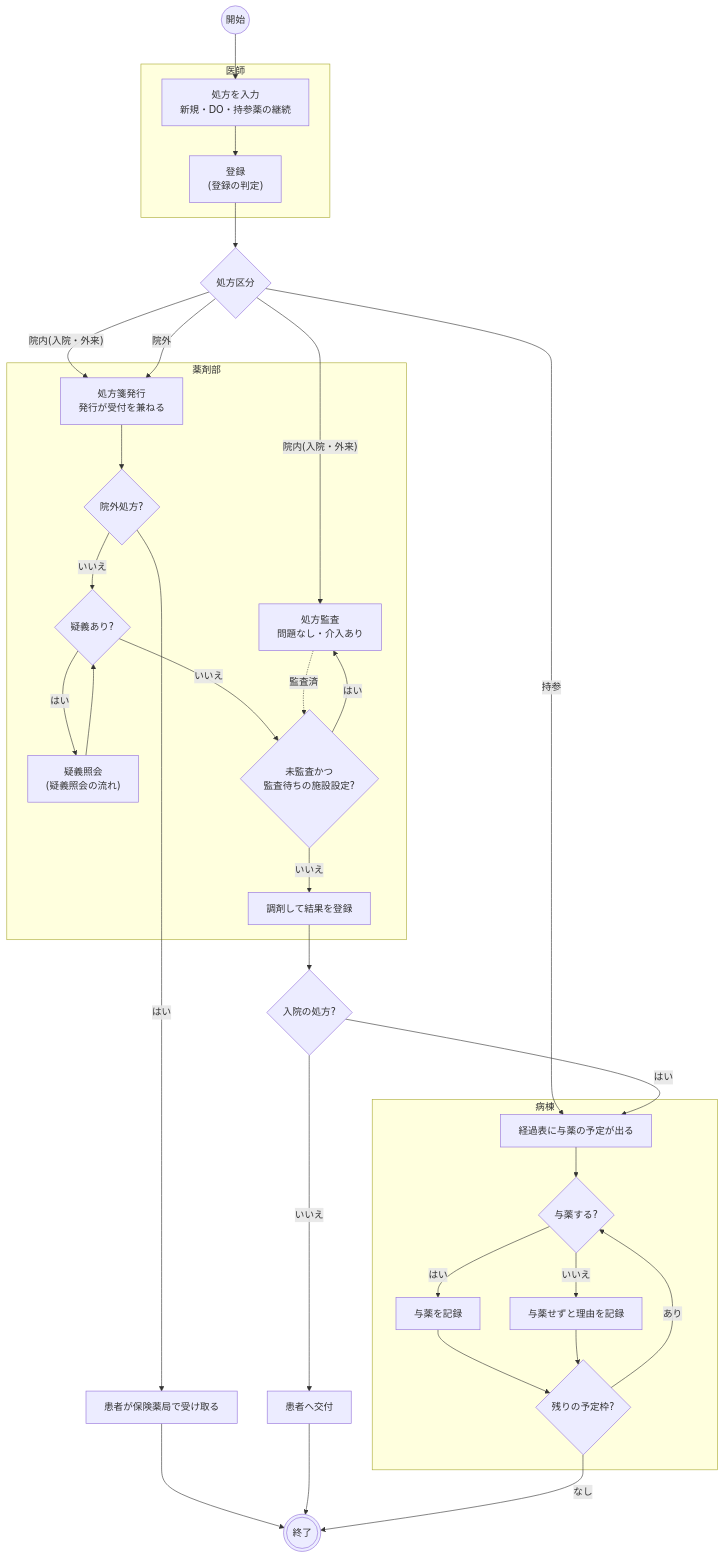
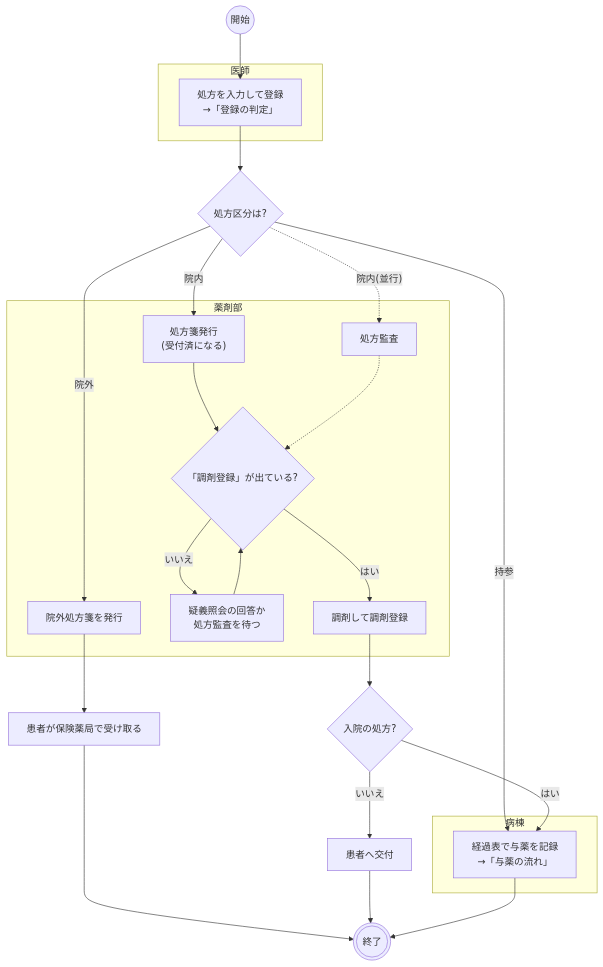
The first of 4 diagrams in docs/flows/prescription.md (ysnr-dev/fhir-client-docs), drawn with Mermaid before and after one commit. The commit also changed other lines of this file and 43 other files, not shown here.

Commit message:
docs: 業務フローとシーケンス図を写し直し

````diff
--- a/docs/flows/prescription.md
+++ b/docs/flows/prescription.md
@@ -34,53 +34,36 @@
 ```mermaid
 flowchart TD
   start(("開始"))
   finish((("終了")))
-  kind{"処方区分"}
-  setting{"入院の処方?"}
+  kind{"処方区分は?"}
+  inpatient{"入院の処方?"}
+  handOut["患者へ交付"]
+  pharmacyOut["患者が保険薬局で受け取る"]
 
   subgraph doctor["医師"]
-    input["処方を入力<br/>新規・DO・持参薬の継続"]
-    register["登録<br/>(登録の判定)"]
+    register["処方を入力して登録<br/>→「登録の判定」"]
   end
 
   subgraph pharmacy["薬剤部"]
-    verify["処方監査<br/>問題なし・介入あり"]
-    issue["処方箋発行<br/>発行が受付を兼ねる"]
-    external{"院外処方?"}
-    inquire{"疑義あり?"}
-    inquiry["疑義照会<br/>(疑義照会の流れ)"]
-    wait{"未監査かつ<br/>監査待ちの施設設定?"}
-    dispense["調剤して結果を登録"]
+    verify["処方監査"]
+    issue["処方箋発行<br/>(受付済になる)"]
+    issueOut["院外処方箋を発行"]
+    ready{"「調剤登録」が出ている?"}
+    hold["疑義照会の回答か<br/>処方監査を待つ"]
+    dispense["調剤して調剤登録"]
   end
 
-  handOut["患者へ交付"]
-  pharmacyOut["患者が保険薬局で受け取る"]
-
   subgraph ward["病棟"]
-    planned["経過表に与薬の予定が出る"]
-    admin{"与薬する?"}
-    give["与薬を記録"]
-    skip["与薬せずと理由を記録"]
-    more{"残りの予定枠?"}
+    give["経過表で与薬を記録<br/>→「与薬の流れ」"]
   end
 
-  start --> input --> register --> kind
-  kind -- "院内(入院・外来)" --> verify
-  kind -- "院内(入院・外来)" --> issue
-  kind -- "院外" --> issue
-  kind -- "持参" --> planned
-  issue --> external
-  external -- "はい" --> pharmacyOut --> finish
-  external -- "いいえ" --> inquire
-  inquire -- "はい" --> inquiry --> inquire
-  inquire -- "いいえ" --> wait
-  verify -. "監査済" .-> wait
-  wait -- "はい" --> verify
-  wait -- "いいえ" --> dispense --> setting
-  setting -- "いいえ" --> handOut --> finish
-  setting -- "はい" --> planned --> admin
-  admin -- "はい" --> give --> more
-  admin -- "いいえ" --> skip --> more
-  more -- "あり" --> admin
-  more -- "なし" --> finish
+  start --> register --> kind
+  kind -- "院内" --> issue --> ready
+  kind -. "院内(並行)" .-> verify -.-> ready
+  kind -- "院外" --> issueOut --> pharmacyOut --> finish
+  kind -- "持参" --> give
+  ready -- "いいえ" --> hold --> ready
+  ready -- "はい" --> dispense --> inpatient
+  inpatient -- "いいえ" --> handOut --> finish
+  inpatient -- "はい" --> give --> finish
 ```
````
